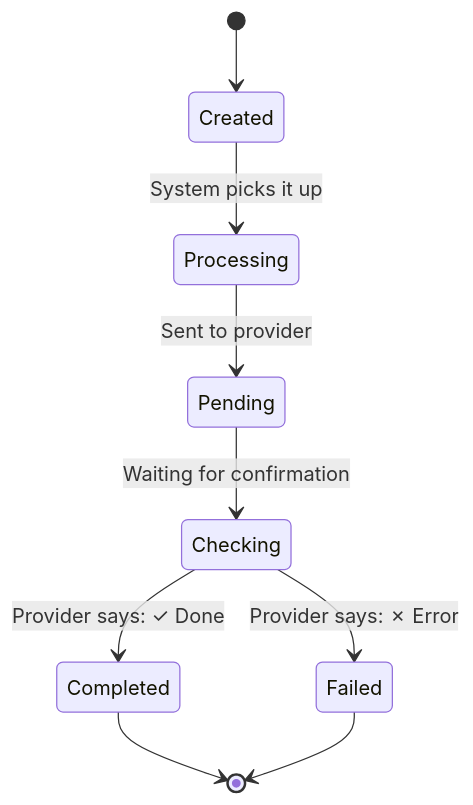
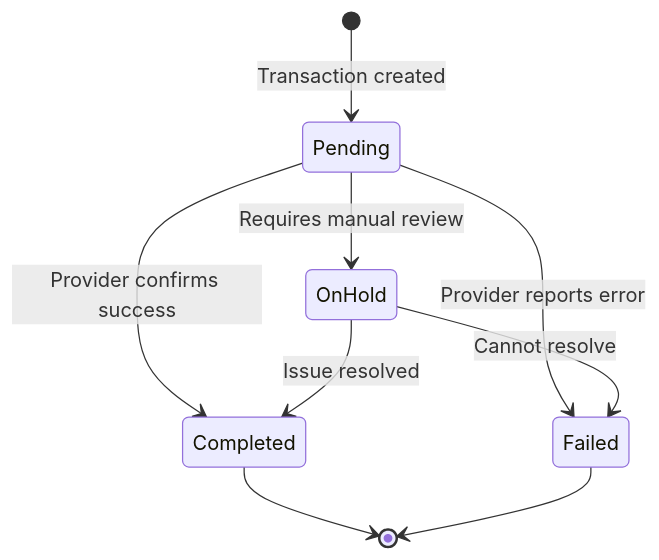
Before and after one commit to interledger/interledger-app: the third of 7 diagrams in documentation/docs/payments-guide.md, drawn with Mermaid. The commit also changed other lines of this file and 6 other files, not shown here.

Commit message:
docs: terminology and flow corrections

````diff
--- a/documentation/docs/payments-guide.md
+++ b/documentation/docs/payments-guide.md
@@ -348,14 +350,14 @@
 ```mermaid
 stateDiagram-v2
-    [*] --> Created
-    Created --> Processing: System picks it up
+    [*] --> Pending: Transaction created
     
-    Processing --> Pending: Sent to provider
+    Pending --> Completed: Provider confirms success
+    Pending --> Failed: Provider reports error
+    Pending --> OnHold: Requires manual review
     
-    Pending --> Checking: Waiting for confirmation
-    Checking --> Completed: Provider says: ✓ Done
-    Checking --> Failed: Provider says: ✗ Error
+    OnHold --> Completed: Issue resolved
+    OnHold --> Failed: Cannot resolve
     
     Completed --> [*]
     Failed --> [*]
 ```
````
